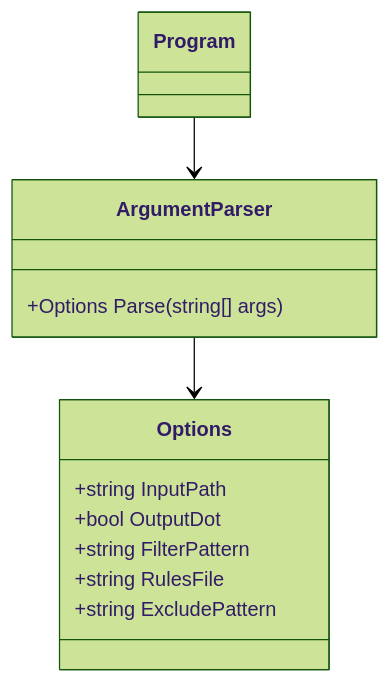
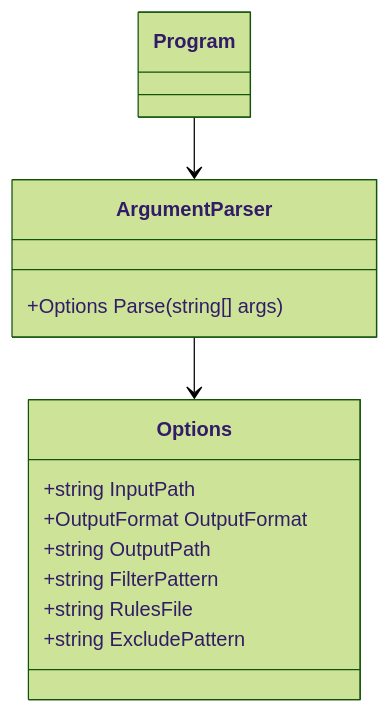
Before and after one commit to kaito-jiro/code-deps-jiro: the second of 5 diagrams in docs/class-diagram.md, drawn with Mermaid (forest theme). The commit also changed other lines of this file and 63 other files, not shown here.

````diff
--- a/docs/class-diagram.md
+++ b/docs/class-diagram.md
@@ -99,17 +106,18 @@
 ```mermaid
 classDiagram
     class Program
     class ArgumentParser {
         +Options Parse(string[] args)
     }
     class Options {
         +string InputPath
-        +bool OutputDot
+        +OutputFormat OutputFormat
+        +string OutputPath
         +string FilterPattern
         +string RulesFile
         +string ExcludePattern
     }
 
     Program --> ArgumentParser
     ArgumentParser --> Options
 ```
````
